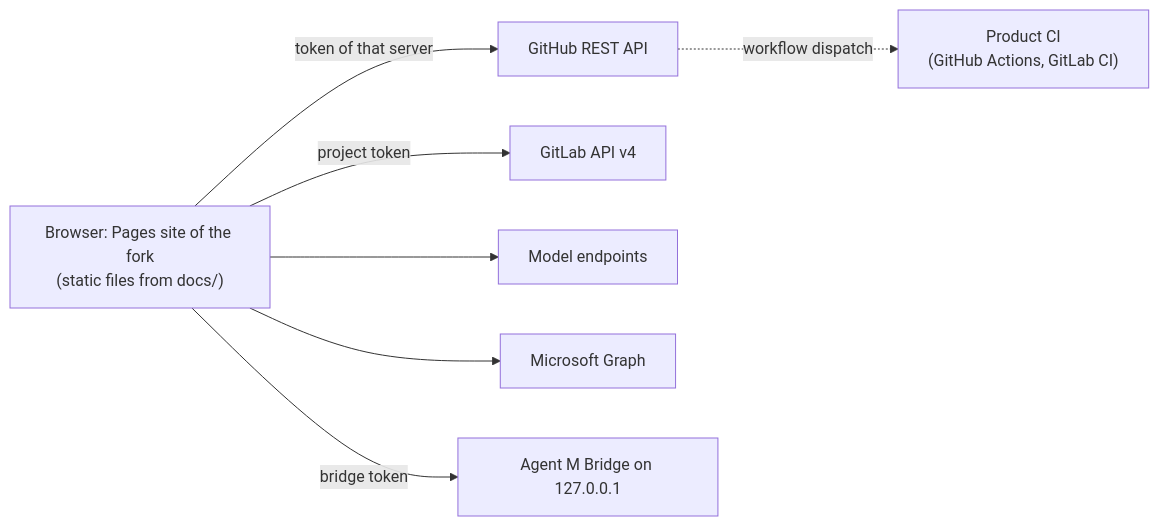
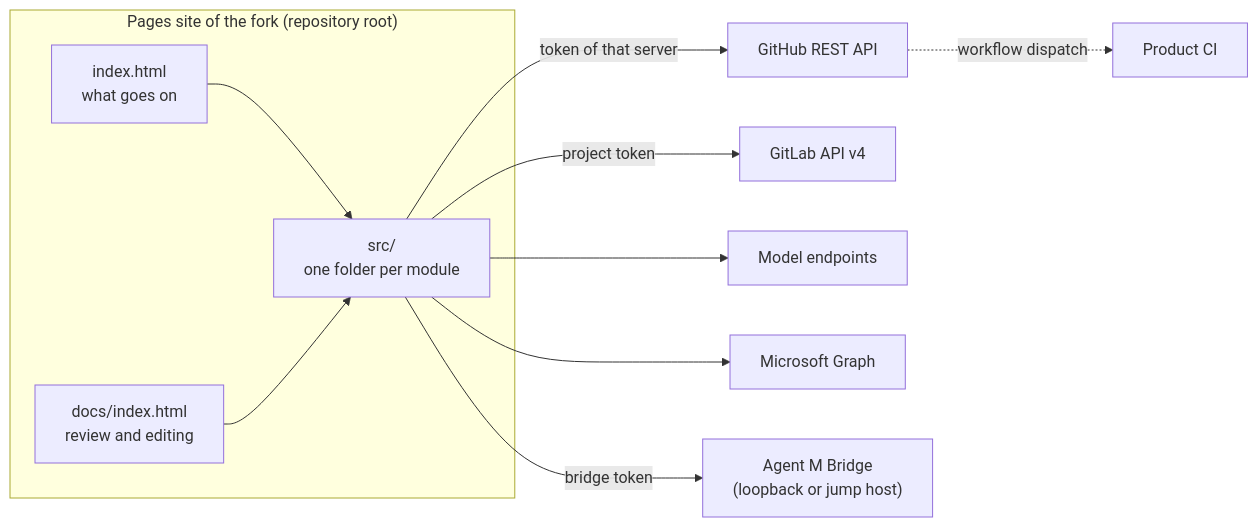
Before and after one commit to akmaier/agent-m: the diagram in docs/architecture/ARC-001-static-site-no-server.md, drawn with Mermaid. The commit also changed other lines of this file and 49 other files, not shown here.

````diff
--- a/docs/architecture/ARC-001-static-site-no-server.md
+++ b/docs/architecture/ARC-001-static-site-no-server.md
@@ -48,16 +63,22 @@
 ```mermaid
 flowchart LR
-    B["Browser: Pages site of the fork<br/>(static files from docs/)"]
+    subgraph SITE["Pages site of the fork (repository root)"]
+        MAIN["index.html<br/>what goes on"]
+        DOCS["docs/index.html<br/>review and editing"]
+        SRC["src/<br/>one folder per module"]
+    end
     GH["GitHub REST API"]
     GL["GitLab API v4"]
     EP["Model endpoints"]
     MA["Microsoft Graph"]
-    BR["Agent M Bridge on 127.0.0.1"]
-    CI["Product CI<br/>(GitHub Actions, GitLab CI)"]
-    B -->|token of that server| GH
-    B -->|project token| GL
-    B --> EP
-    B --> MA
-    B -->|bridge token| BR
+    BR["Agent M Bridge<br/>(loopback or jump host)"]
+    CI["Product CI"]
+    MAIN --> SRC
+    DOCS --> SRC
+    SRC -->|token of that server| GH
+    SRC -->|project token| GL
+    SRC --> EP
+    SRC --> MA
+    SRC -->|bridge token| BR
     GH -. workflow dispatch .-> CI
 ```
````
